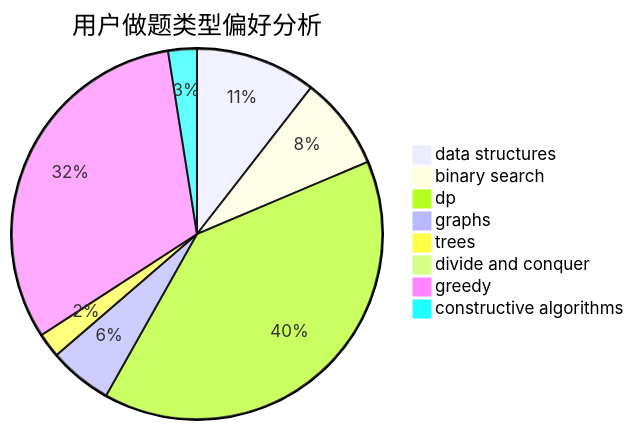
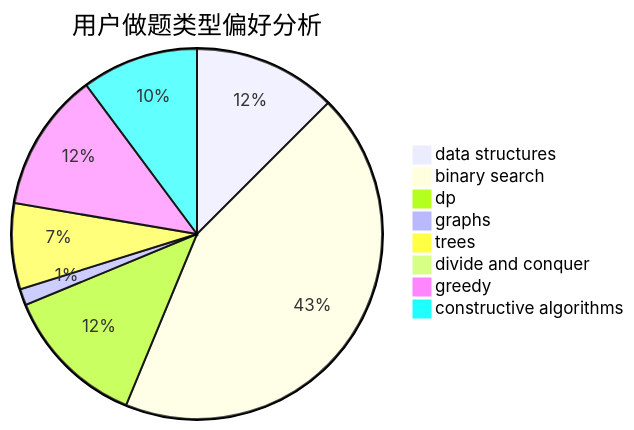
The second of 3 diagrams in docs/user/u2347.md (sherpahu/cfrs.github.io), drawn with Mermaid before and after one commit. The commit also changed other lines of this file and 2770 other files, not shown here.

````diff
--- a/docs/user/u2347.md
+++ b/docs/user/u2347.md
@@ -23,11 +23,11 @@
 ```mermaid
 pie title 用户做题类型偏好分析
-    "data structures" :  122
-    "binary search" :  94
-    "dp" :  458
-    "graphs" :  64
-    "trees" :  25
-    "divide and conquer" :  0
-    "greedy" :  367
-    "constructive algorithms" :  29
+    "data structures" :  70
+    "binary search" :  245
+    "dp" :  70
+    "graphs" :  8
+    "trees" :  42
+    "divide and conquer" :  5
+    "greedy" :  68
+    "constructive algorithms" :  57
 ```
````
